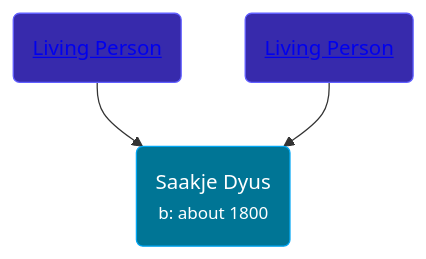
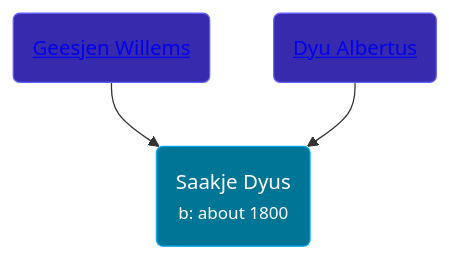
Before and after one commit to wpmgotkh/wpmgotkh.github.io: the diagram in pages/people/8/80873976.md, drawn with Mermaid. The commit also changed other lines of this file and 586 other files, not shown here.

Commit message:
feat: better shouldConsiderPersonLiving algo

````diff
--- a/pages/people/8/80873976.md
+++ b/pages/people/8/80873976.md
@@ -10,9 +10,9 @@
 ```mermaid
 graph
 classDef grands fill:#193cb8,stroke:#2b7fff,stroke-width:1px,color:#fff;
 classDef parents fill:#372aac,stroke:#615fff,stroke-width:1px,color:#fff;
 classDef primary fill:#007595,stroke:#00a6f4,stroke-width:1px,color:#fff;
 80873976(Saakje Dyus<br /><small>b: about 1800</small>):::primary
-26091395(<a class="text-white" href="/people/2/26091395">Living Person</a>):::parents-->80873976
-65255973(<a class="text-white" href="/people/6/65255973">Living Person</a>):::parents-->80873976
+26091395(<a class="text-white" href="/people/2/26091395">Geesjen Willems</a>):::parents-->80873976
+65255973(<a class="text-white" href="/people/6/65255973">Dyu Albertus</a>):::parents-->80873976
 ```
````
